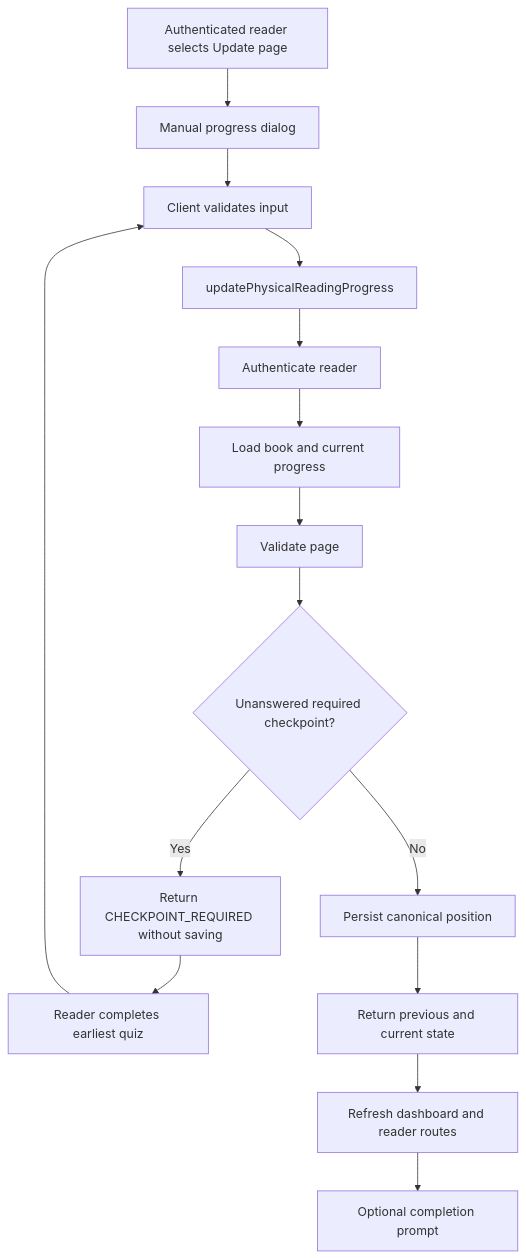
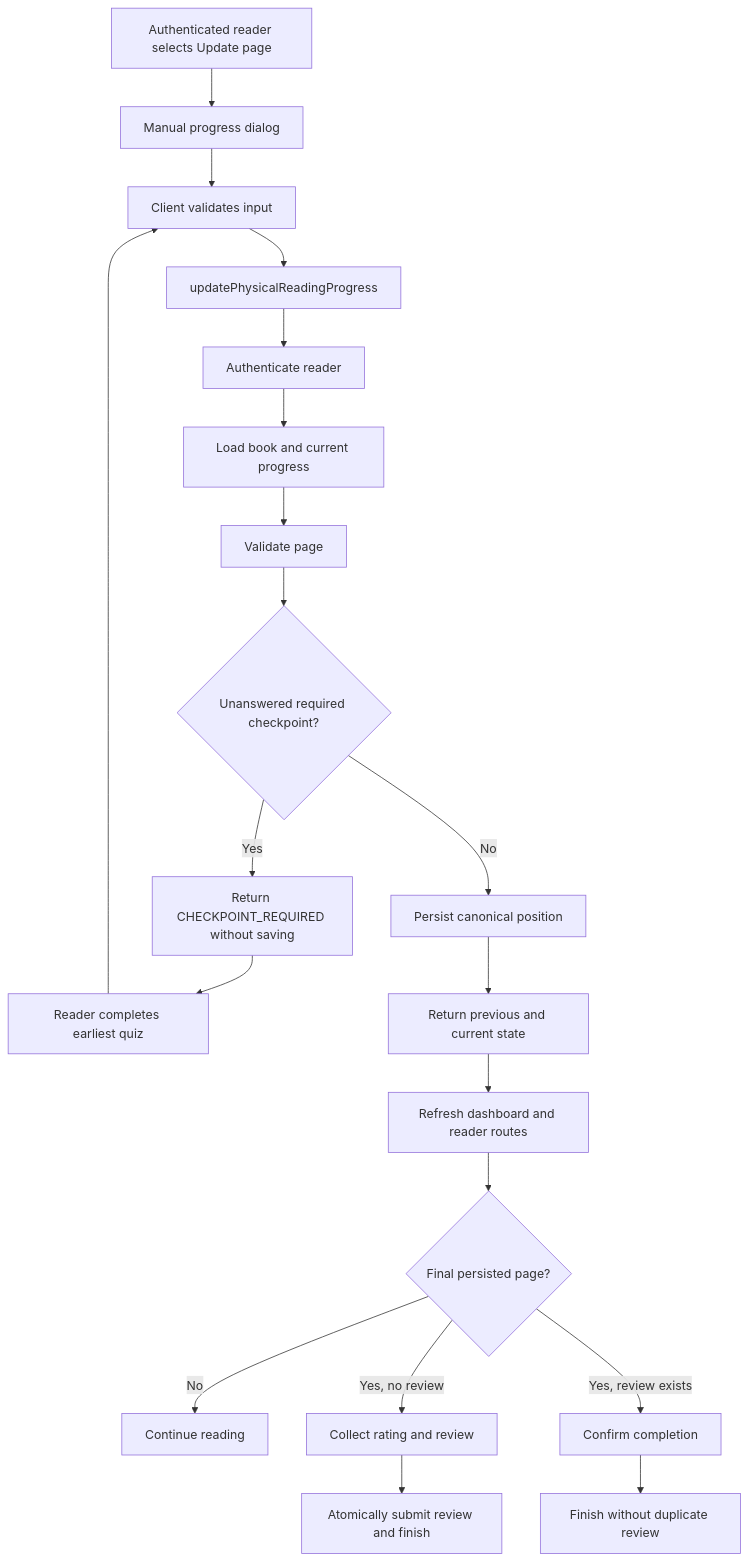
The diagram in docs/features/OFFLINE_READING_PROGRESS_SYNC.md (MWS-MAD-Labs/reading-buddy), drawn with Mermaid before and after one commit. The commit also changed other lines of this file and 11 other files, not shown here.

````diff
--- a/docs/features/OFFLINE_READING_PROGRESS_SYNC.md
+++ b/docs/features/OFFLINE_READING_PROGRESS_SYNC.md
@@ -175,17 +182,22 @@
 ```mermaid
 flowchart TD
     A[Authenticated reader selects Update page] --> B[Manual progress dialog]
     B --> C[Client validates input]
     C --> D[updatePhysicalReadingProgress]
     D --> E[Authenticate reader]
     E --> F[Load book and current progress]
     F --> G[Validate page]
     G --> H{Unanswered required checkpoint?}
     H -->|Yes| I[Return CHECKPOINT_REQUIRED without saving]
     I --> J[Reader completes earliest quiz]
     J --> C
     H -->|No| K[Persist canonical position]
     K --> L[Return previous and current state]
     L --> M[Refresh dashboard and reader routes]
-    M --> N[Optional completion prompt]
+    M --> N{Final persisted page?}
+    N -->|No| O[Continue reading]
+    N -->|Yes, no review| P[Collect rating and review]
+    N -->|Yes, review exists| Q[Confirm completion]
+    P --> R[Atomically submit review and finish]
+    Q --> S[Finish without duplicate review]
 ```
````
